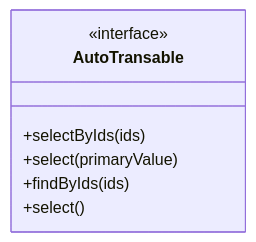
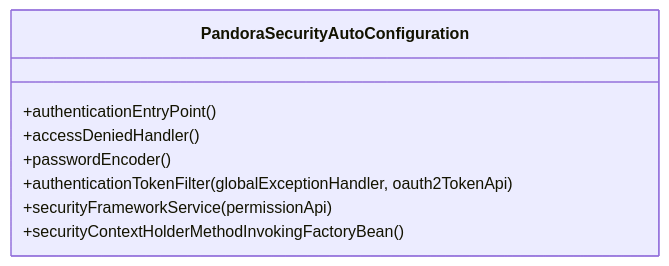
One commit to guanglei93/pandora-cloud changed the fifth of 9 diagrams in .qoder/repowiki/zh/content/项目概述.md. Above: the diagram before and after it, drawn with Mermaid. The commit also changed other lines of this file and 110 other files, not shown here.

````diff
--- a/.qoder/repowiki/zh/content/项目概述.md
+++ b/.qoder/repowiki/zh/content/项目概述.md
@@ -196,10 +165,11 @@
 ```mermaid
 classDiagram
-class AutoTransable {
-<<interface>>
-+selectByIds(ids)
-+select(primaryValue)
-+findByIds(ids)
-+select()
+class PandoraSecurityAutoConfiguration {
++authenticationEntryPoint()
++accessDeniedHandler()
++passwordEncoder()
++authenticationTokenFilter(globalExceptionHandler, oauth2TokenApi)
++securityFrameworkService(permissionApi)
++securityContextHolderMethodInvokingFactoryBean()
 }
 ```
````
